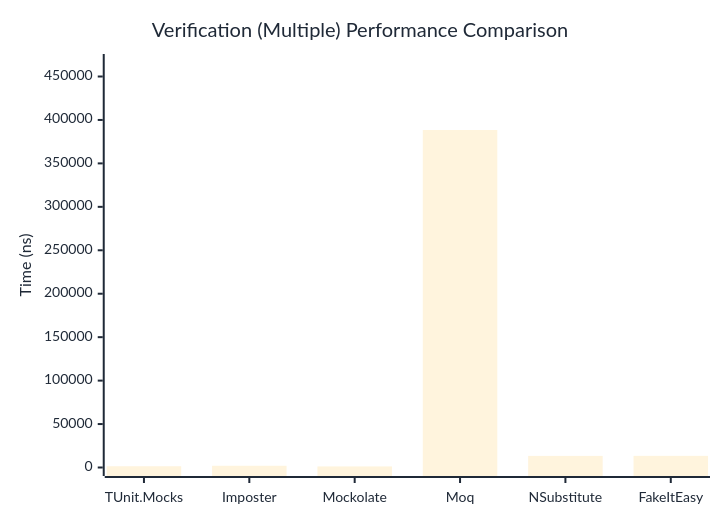
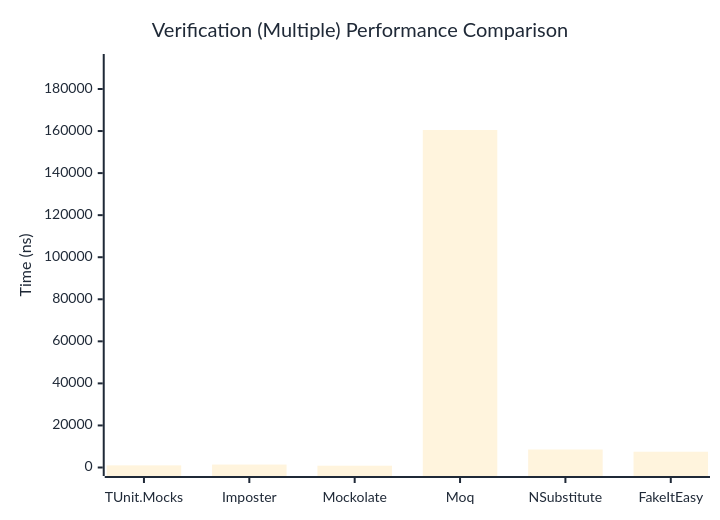
The third of 3 diagrams in docs/docs/benchmarks/mocks/Verification.md (thomhurst/TUnit), drawn with Mermaid before and after one commit. The commit also changed other lines of this file and 14 other files, not shown here.

````diff
--- a/docs/docs/benchmarks/mocks/Verification.md
+++ b/docs/docs/benchmarks/mocks/Verification.md
@@ -112,27 +112,27 @@
 ```mermaid
 %%{init: {
   'theme':'base',
   'themeVariables': {
     'primaryColor': '#2563eb',
     'primaryTextColor': '#1f2937',
     'primaryBorderColor': '#1e40af',
     'lineColor': '#6b7280',
     'secondaryColor': '#7c3aed',
     'tertiaryColor': '#dc2626',
     'background': '#ffffff',
     'pie1': '#2563eb',
     'pie2': '#7c3aed',
     'pie3': '#dc2626',
     'pie4': '#f59e0b',
     'pie5': '#10b981',
     'pie6': '#06b6d4',
     'pie7': '#ec4899',
     'pie8': '#6366f1'
   }
 }}%%
 xychart-beta
   title "Verification (Multiple) Performance Comparison"
   x-axis ["TUnit.Mocks", "Imposter", "Mockolate", "Moq", "NSubstitute", "FakeItEasy"]
-  y-axis "Time (ns)" 0 --> 466120
-  bar [1447.72, 1999.59, 1240.36, 388432.96, 13349.75, 13419.8]
+  y-axis "Time (ns)" 0 --> 192597
+  bar [1023.21, 1396, 858.69, 160497.21, 8557.76, 7504.47]
 ```
````
